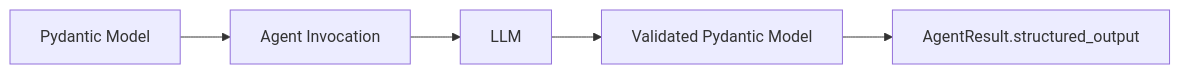
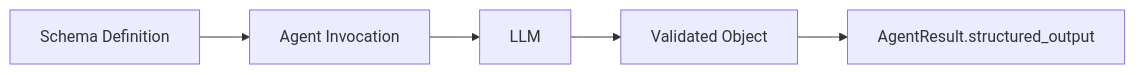
One commit to daniel-was-taken/docs-strands changed the diagram in docs/user-guide/concepts/agents/structured-output.md. Above: the diagram before and after it, drawn with Mermaid. The commit also changed other lines of this file and 7 other files, not shown here.

````diff
--- a/docs/user-guide/concepts/agents/structured-output.md
+++ b/docs/user-guide/concepts/agents/structured-output.md
@@ -10,6 +9,6 @@
 ```mermaid
 flowchart LR
-    A[Pydantic Model] --> B[Agent Invocation]
-    B --> C[LLM] --> D[Validated Pydantic Model]
+    A[Schema Definition] --> B[Agent Invocation]
+    B --> C[LLM] --> D[Validated Object]
     D --> E[AgentResult.structured_output]
 ```
````
